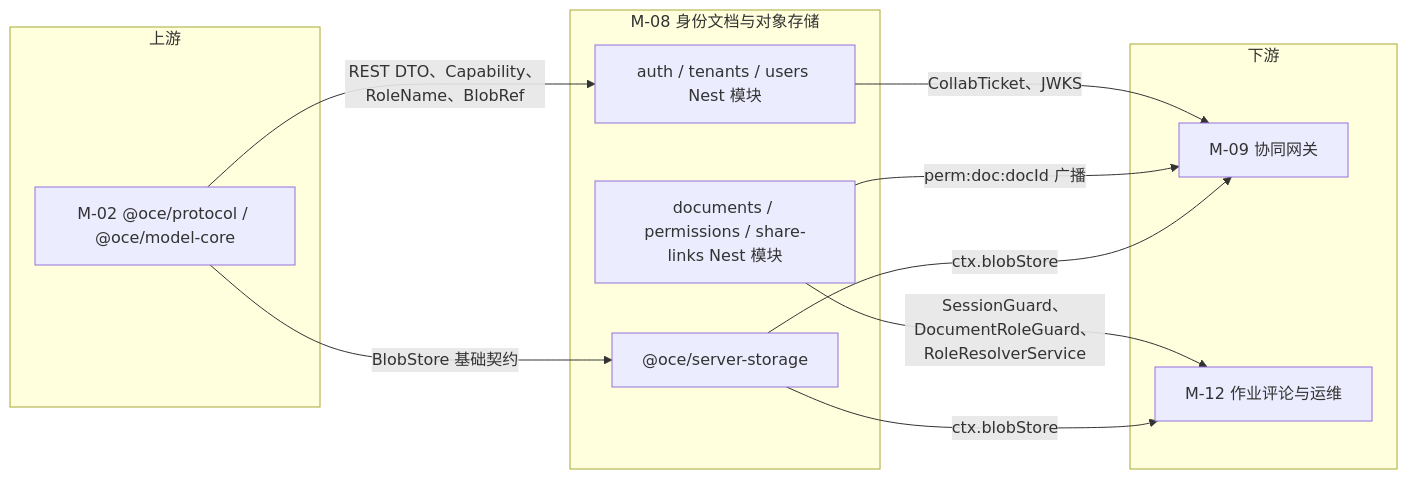
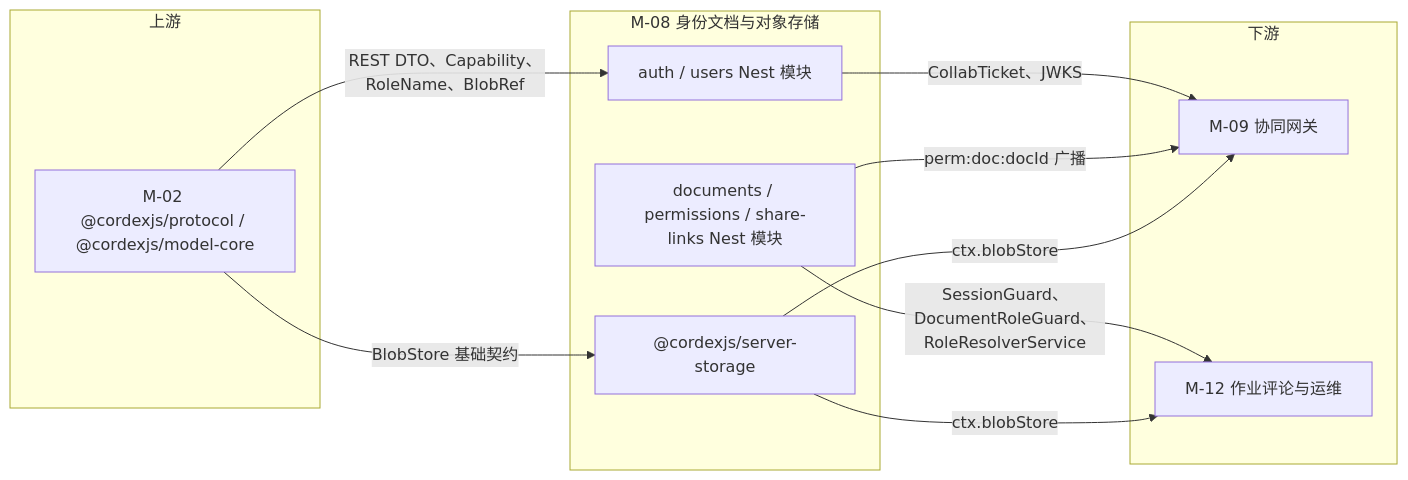
One commit to Xeonice/cordis-ppt-editor changed the first of 4 diagrams in docs/40-modules/08-server-identity-documents-and-storage.md. Above: the diagram before and after it, drawn with Mermaid. The commit also changed other lines of this file and 23 other files, not shown here.

````diff
--- a/docs/40-modules/08-server-identity-documents-and-storage.md
+++ b/docs/40-modules/08-server-identity-documents-and-storage.md
@@ -26,22 +26,22 @@
 ```mermaid
 flowchart LR
 subgraph up["上游"]
-  m02["M-02 @oce/protocol / @oce/model-core"]
+  m02["M-02 @cordexjs/protocol / @cordexjs/model-core"]
 end
 subgraph mod["M-08 身份文档与对象存储"]
-  authMod["auth / tenants / users Nest 模块"]
+  authMod["auth / users Nest 模块"]
   docMod["documents / permissions / share-links Nest 模块"]
-  storageMod["@oce/server-storage"]
+  storageMod["@cordexjs/server-storage"]
 end
 subgraph down["下游"]
   m09["M-09 协同网关"]
   m12["M-12 作业评论与运维"]
 end
 m02 -- "REST DTO、Capability、RoleName、BlobRef" --> authMod
 m02 -- "BlobStore 基础契约" --> storageMod
 authMod -- "CollabTicket、JWKS" --> m09
 docMod -- "perm:doc:docId 广播" --> m09
 storageMod -- "ctx.blobStore" --> m09
 docMod -- "SessionGuard、DocumentRoleGuard、RoleResolverService" --> m12
 storageMod -- "ctx.blobStore" --> m12
 ```
````
